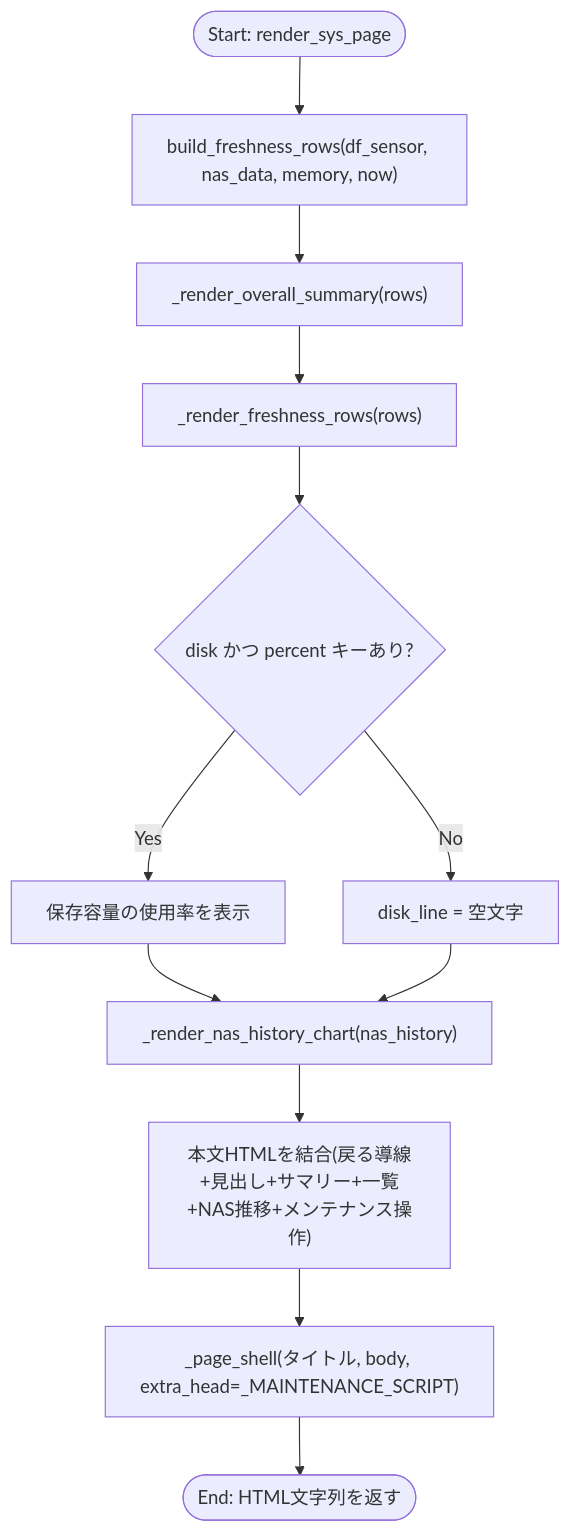
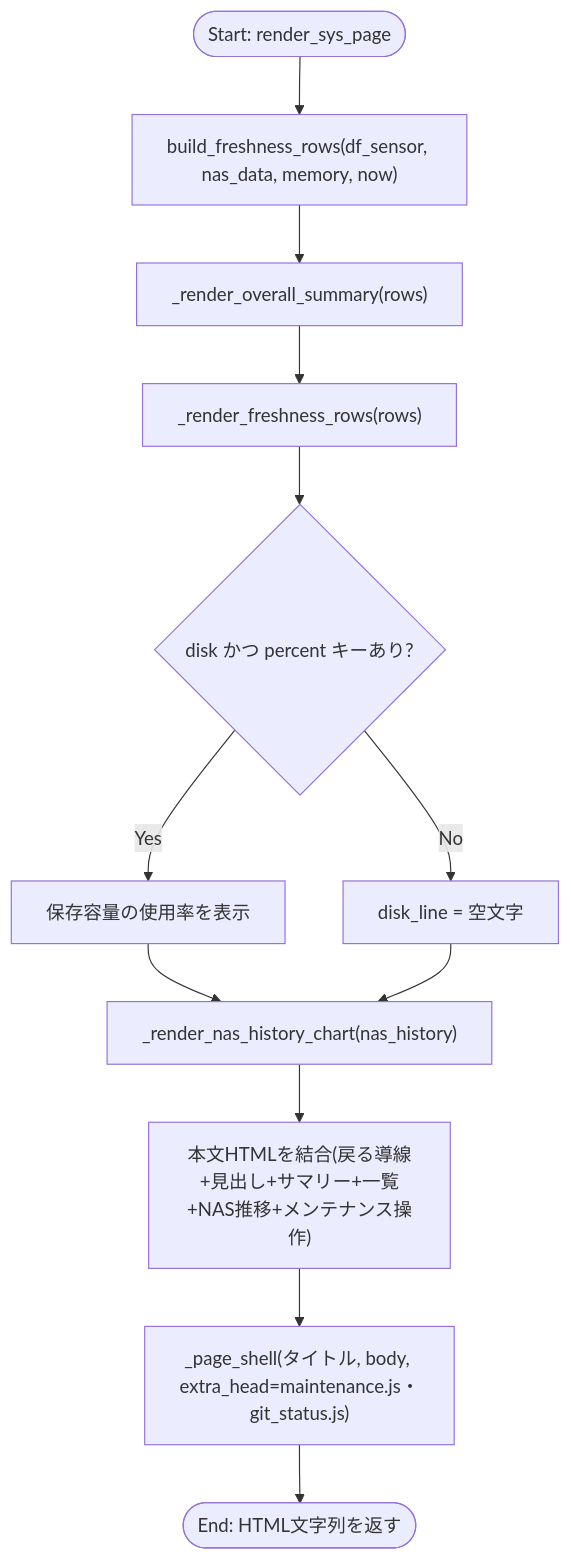
One commit to mmtigers/my_python_project changed the first of 2 diagrams in docs/specifications/MY_HOME_SYSTEM/dashboard_page_service.md. Above: the diagram before and after it, drawn with Mermaid. The commit also changed other lines of this file and 16 other files, not shown here.

````diff
--- a/docs/specifications/MY_HOME_SYSTEM/dashboard_page_service.md
+++ b/docs/specifications/MY_HOME_SYSTEM/dashboard_page_service.md
@@ -763,14 +769,14 @@
 ```mermaid
 flowchart TD
     Start([Start: render_sys_page]) --> BuildRows["build_freshness_rows(df_sensor, nas_data, memory, now)"]
     BuildRows --> Summary["_render_overall_summary(rows)"]
     Summary --> Rows["_render_freshness_rows(rows)"]
     Rows --> DiskCheck{"disk かつ percent キーあり?"}
     DiskCheck -- Yes --> DiskLine["保存容量の使用率を表示"]
     DiskCheck -- No --> SkipDisk["disk_line = 空文字"]
     DiskLine --> NasChart
     SkipDisk --> NasChart["_render_nas_history_chart(nas_history)"]
     NasChart --> Body["本文HTMLを結合(戻る導線+見出し+サマリー+一覧+NAS推移+メンテナンス操作)"]
-    Body --> Shell["_page_shell(タイトル, body, extra_head=_MAINTENANCE_SCRIPT)"]
+    Body --> Shell["_page_shell(タイトル, body, extra_head=maintenance.js・git_status.js)"]
     Shell --> End([End: HTML文字列を返す])
 ```
````
